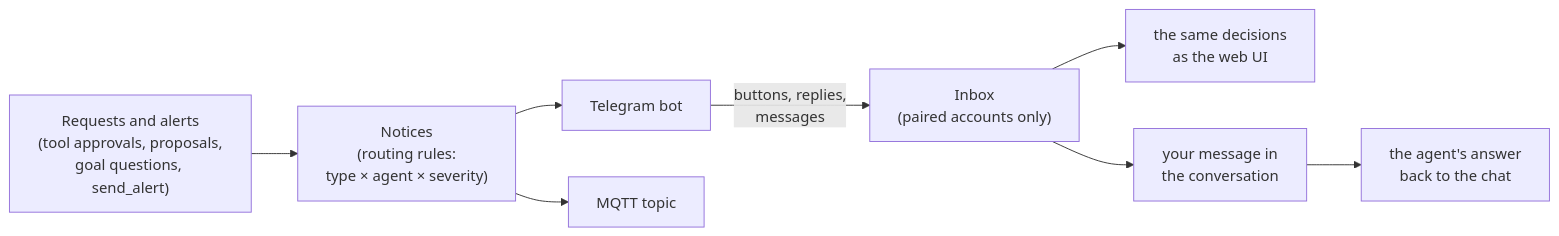
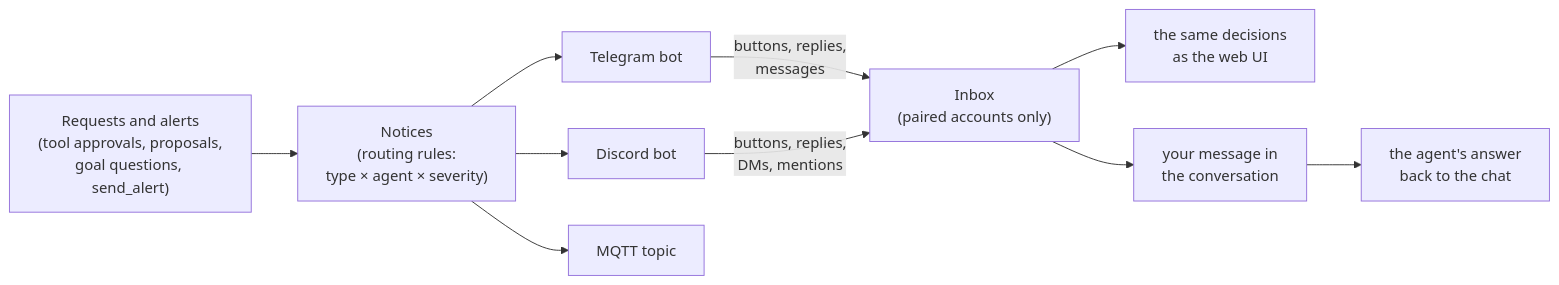
Before and after one commit to Smittyman50/agent-hq: the tenth of 11 diagrams in README.md, drawn with Mermaid. The commit also changed other lines of this file and 12 other files, not shown here.

````diff
--- a/README.md
+++ b/README.md
@@ -1099,10 +1100,12 @@
 ```mermaid
 flowchart LR
     R["Requests and alerts<br/>(tool approvals, proposals,<br/>goal questions, send_alert)"] --> N["Notices<br/>(routing rules:<br/>type × agent × severity)"]
     N --> T["Telegram bot"]
+    N --> DC["Discord bot"]
     N --> M["MQTT topic"]
     T -- "buttons, replies,<br/>messages" --> I["Inbox<br/>(paired accounts only)"]
+    DC -- "buttons, replies,<br/>DMs, mentions" --> I
     I --> D["the same decisions<br/>as the web UI"]
     I --> C["your message in<br/>the conversation"]
     C --> A["the agent's answer<br/>back to the chat"]
 ```
````
